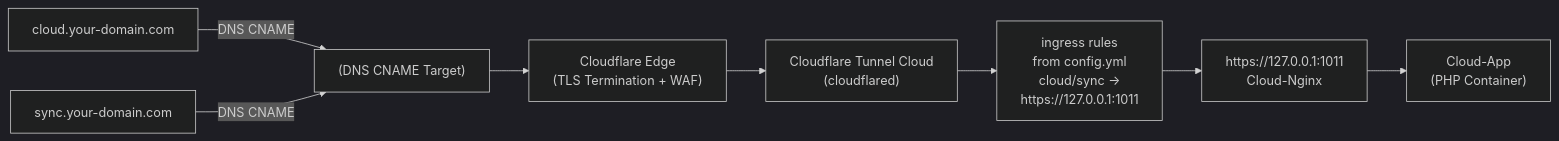
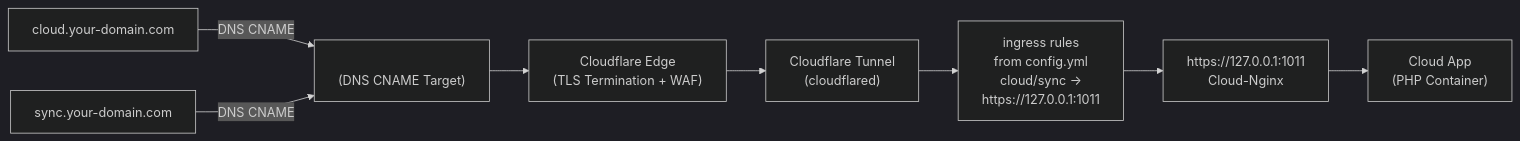
One commit to JoZapf/Zero-Trust-Selfhosted-Cloud-Multi-Layer-Edge-to-Origin-Security-Flow-Defense-Architecture changed the diagram in README.md. Above: the diagram before and after it, drawn with Mermaid. The commit also changed other lines of this file, not shown here.

````diff
--- a/README.md
+++ b/README.md
@@ -80,23 +85,22 @@
 ```mermaid
 %%{init: {'theme': 'dark'}}%%
 flowchart LR
     C1["cloud.your-domain.com"]
     C2["sync.your-domain.com"]
 
-    CNAME["<tunnel-id<br>(DNS CNAME Target)"]
+    CNAME["<tunnel-id><br>(DNS CNAME Target)"]
     EDGE["Cloudflare Edge<br>(TLS Termination + WAF)"]
-    TUNNEL["Cloudflare Tunnel Cloud<br>(cloudflared)"]
+    TUNNEL["Cloudflare Tunnel<br>(cloudflared)"]
     INGRESS["ingress rules<br>from config.yml<br>cloud/sync -><br>https://127.0.0.1:1011"]
     ORIGIN["https://127.0.0.1:1011<br>Cloud-Nginx"]
-    APP["Cloud-App<br>(PHP Container)"]
+    APP["Cloud App<br>(PHP Container)"]
 
     C1 -->|DNS CNAME| CNAME
     C2 -->|DNS CNAME| CNAME
 
     CNAME --> EDGE
     EDGE --> TUNNEL
     TUNNEL --> INGRESS
     INGRESS --> ORIGIN
     ORIGIN --> APP
-
 ```
````
